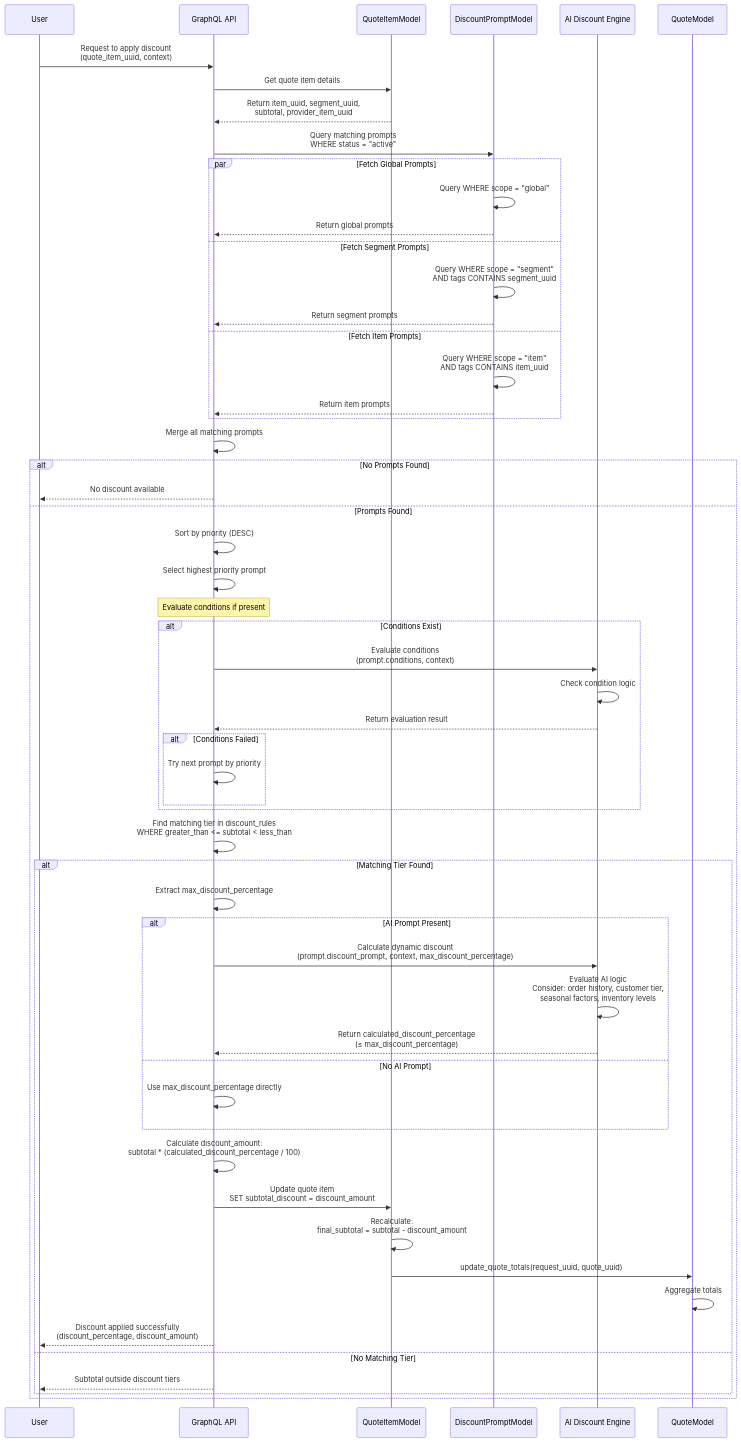
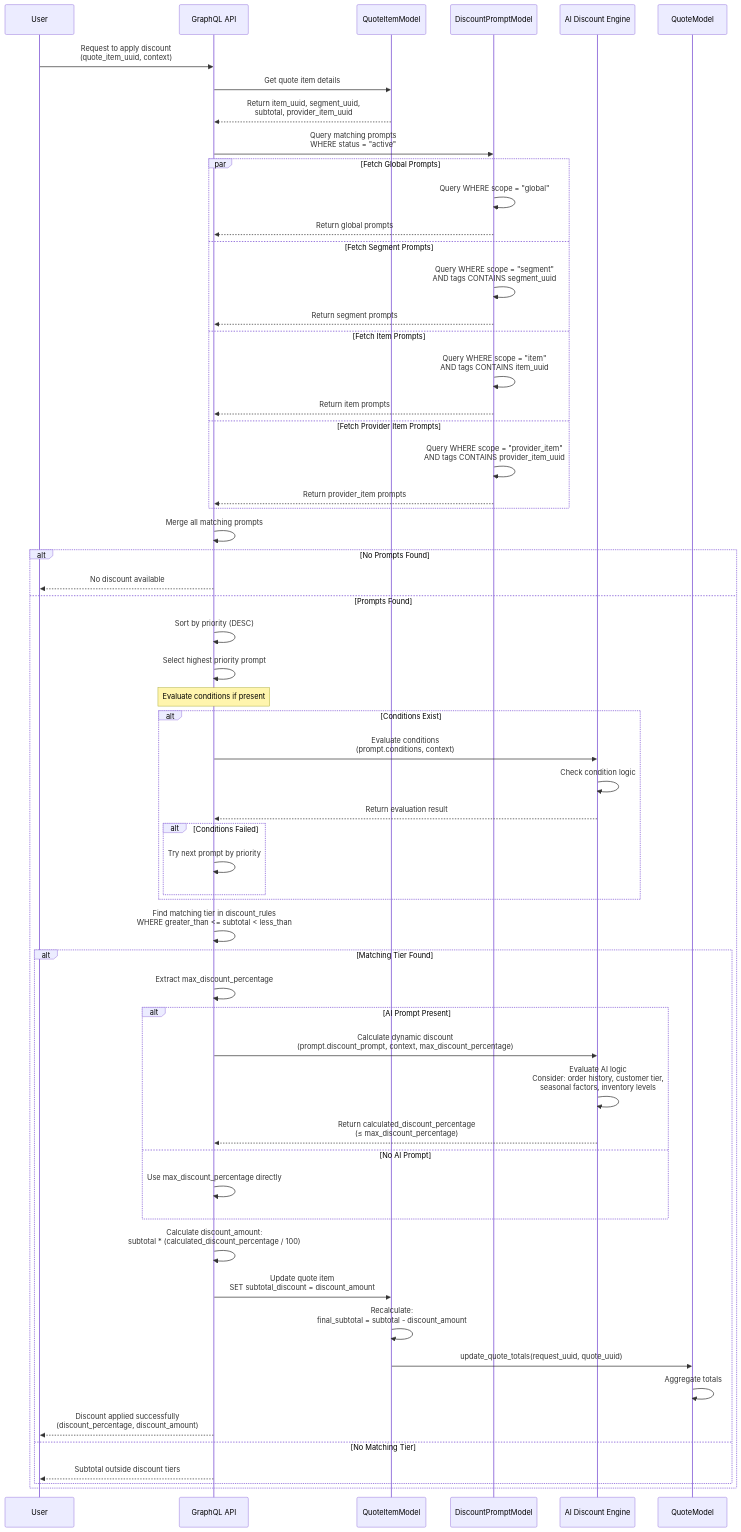
One commit to ideabosque/ai_rfq_engine changed the eighth of 11 diagrams in docs/PRICING_CALCULATION.md. Above: the diagram before and after it, drawn with Mermaid. The commit also changed other lines of this file and 31 other files, not shown here.

Commit message:
Replace discount rules with discount prompt handling

````diff
--- a/docs/PRICING_CALCULATION.md
+++ b/docs/PRICING_CALCULATION.md
@@ -977,74 +1018,77 @@
 ```mermaid
 sequenceDiagram
     participant User
     participant GraphQL as GraphQL API
     participant QuoteItem as QuoteItemModel
     participant DiscountPrompt as DiscountPromptModel
     participant AI as AI Discount Engine
     participant Quote as QuoteModel
 
     User->>GraphQL: Request to apply discount<br/>(quote_item_uuid, context)
     GraphQL->>QuoteItem: Get quote item details
     QuoteItem-->>GraphQL: Return item_uuid, segment_uuid,<br/>subtotal, provider_item_uuid
 
     GraphQL->>DiscountPrompt: Query matching prompts<br/>WHERE status = "active"
 
     par Fetch Global Prompts
         DiscountPrompt->>DiscountPrompt: Query WHERE scope = "global"
         DiscountPrompt-->>GraphQL: Return global prompts
     and Fetch Segment Prompts
         DiscountPrompt->>DiscountPrompt: Query WHERE scope = "segment"<br/>AND tags CONTAINS segment_uuid
         DiscountPrompt-->>GraphQL: Return segment prompts
     and Fetch Item Prompts
         DiscountPrompt->>DiscountPrompt: Query WHERE scope = "item"<br/>AND tags CONTAINS item_uuid
         DiscountPrompt-->>GraphQL: Return item prompts
+    and Fetch Provider Item Prompts
+        DiscountPrompt->>DiscountPrompt: Query WHERE scope = "provider_item"<br/>AND tags CONTAINS provider_item_uuid
+        DiscountPrompt-->>GraphQL: Return provider_item prompts
     end
 
     GraphQL->>GraphQL: Merge all matching prompts
 
     alt No Prompts Found
         GraphQL-->>User: No discount available
     else Prompts Found
         GraphQL->>GraphQL: Sort by priority (DESC)
         GraphQL->>GraphQL: Select highest priority prompt
 
         Note over GraphQL: Evaluate conditions if present
 
         alt Conditions Exist
             GraphQL->>AI: Evaluate conditions<br/>(prompt.conditions, context)
             AI->>AI: Check condition logic
             AI-->>GraphQL: Return evaluation result
 
             alt Conditions Failed
                 GraphQL->>GraphQL: Try next prompt by priority
             end
         end
 
         GraphQL->>GraphQL: Find matching tier in discount_rules<br/>WHERE greater_than <= subtotal < less_than
 
         alt Matching Tier Found
             GraphQL->>GraphQL: Extract max_discount_percentage
 
             alt AI Prompt Present
                 GraphQL->>AI: Calculate dynamic discount<br/>(prompt.discount_prompt, context, max_discount_percentage)
                 AI->>AI: Evaluate AI logic<br/>Consider: order history, customer tier,<br/>seasonal factors, inventory levels
                 AI-->>GraphQL: Return calculated_discount_percentage<br/>(≤ max_discount_percentage)
             else No AI Prompt
                 GraphQL->>GraphQL: Use max_discount_percentage directly
             end
 
             GraphQL->>GraphQL: Calculate discount_amount:<br/>subtotal * (calculated_discount_percentage / 100)
 
             GraphQL->>QuoteItem: Update quote item<br/>SET subtotal_discount = discount_amount
             QuoteItem->>QuoteItem: Recalculate:<br/>final_subtotal = subtotal - discount_amount
 
             QuoteItem->>Quote: update_quote_totals(request_uuid, quote_uuid)
             Quote->>Quote: Aggregate totals
 
             GraphQL-->>User: Discount applied successfully<br/>(discount_percentage, discount_amount)
 
         else No Matching Tier
             GraphQL-->>User: Subtotal outside discount tiers
         end
     end
 ```
````
